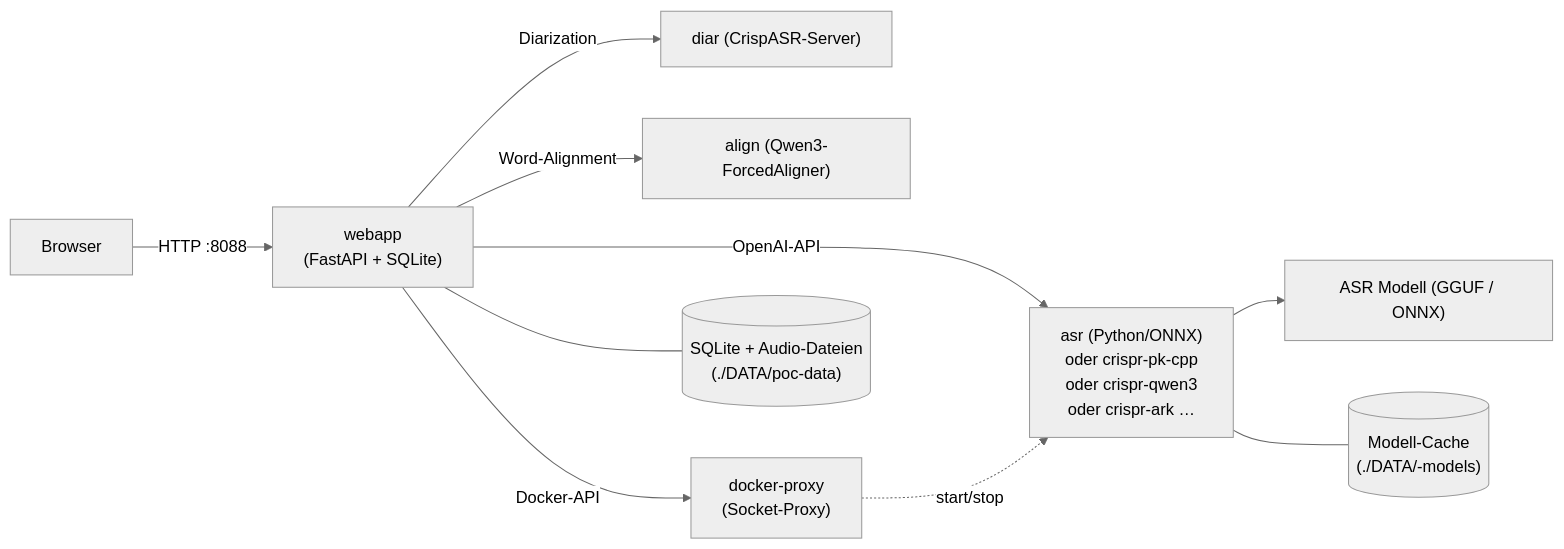
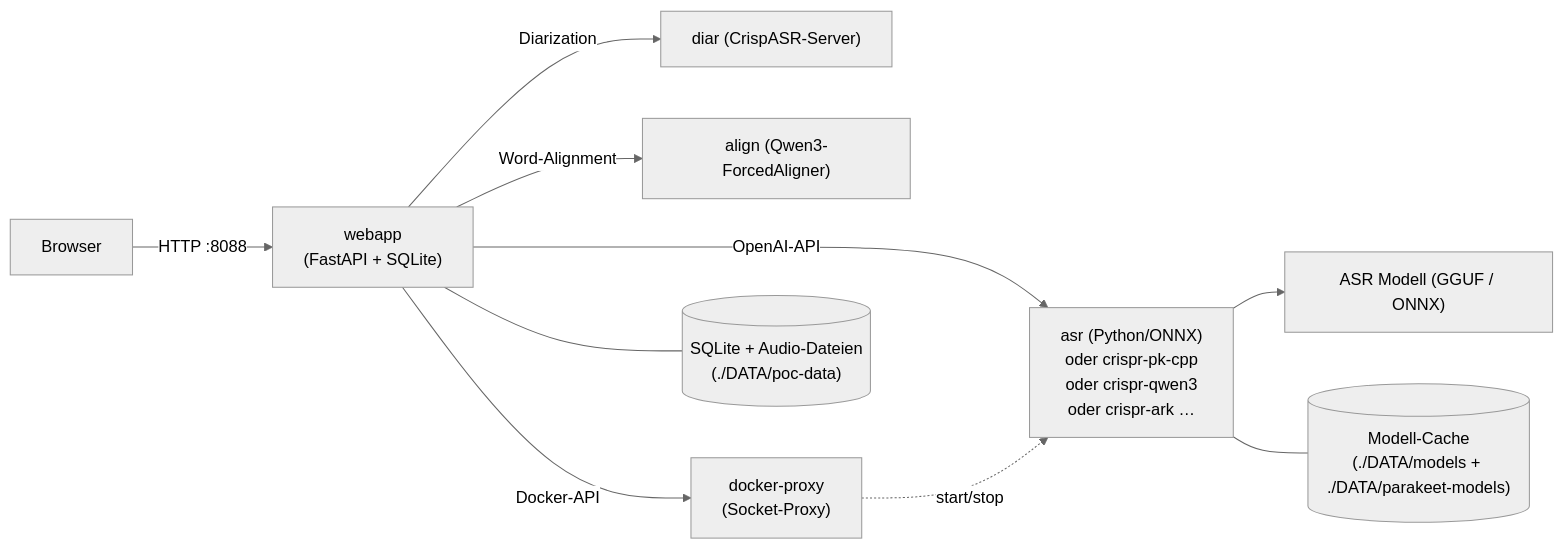
The diagram in README.md (tilllt/polyschnack-asr), drawn with Mermaid (neutral theme) before and after one commit. The commit also changed other lines of this file, not shown here.

Commit message:
docs(readme): Backend-Erkennung automatisch statt manueller Adapter-URLs; Models-Kommando; veraltete Infos entfernt

````diff
--- a/README.md
+++ b/README.md
@@ -461,12 +433,12 @@
 ```mermaid
 graph LR
     Browser -->|HTTP :8088| webapp["webapp<br/>(FastAPI + SQLite)"]
     webapp -->|OpenAI-API| asr["asr (Python/ONNX)<br/>oder crispr-pk-cpp<br/>oder crispr-qwen3<br/>oder crispr-ark …"]
     webapp -->|Diarization| diar["diar (CrispASR-Server)"]
     webapp -->|Word-Alignment| align["align (Qwen3-ForcedAligner)"]
     webapp -->|Docker-API| proxy["docker-proxy<br/>(Socket-Proxy)"]
     proxy -.start/stop.-> asr
     asr --> model["ASR Modell (GGUF / ONNX)"]
     webapp --- db[("SQLite + Audio-Dateien<br/>(./DATA/poc-data)")]
-    asr --- mcache[("Modell-Cache<br/>(./DATA/<name>-models)")]
+    asr --- mcache[("Modell-Cache<br/>(./DATA/models + ./DATA/parakeet-models)")]
 ```
````
